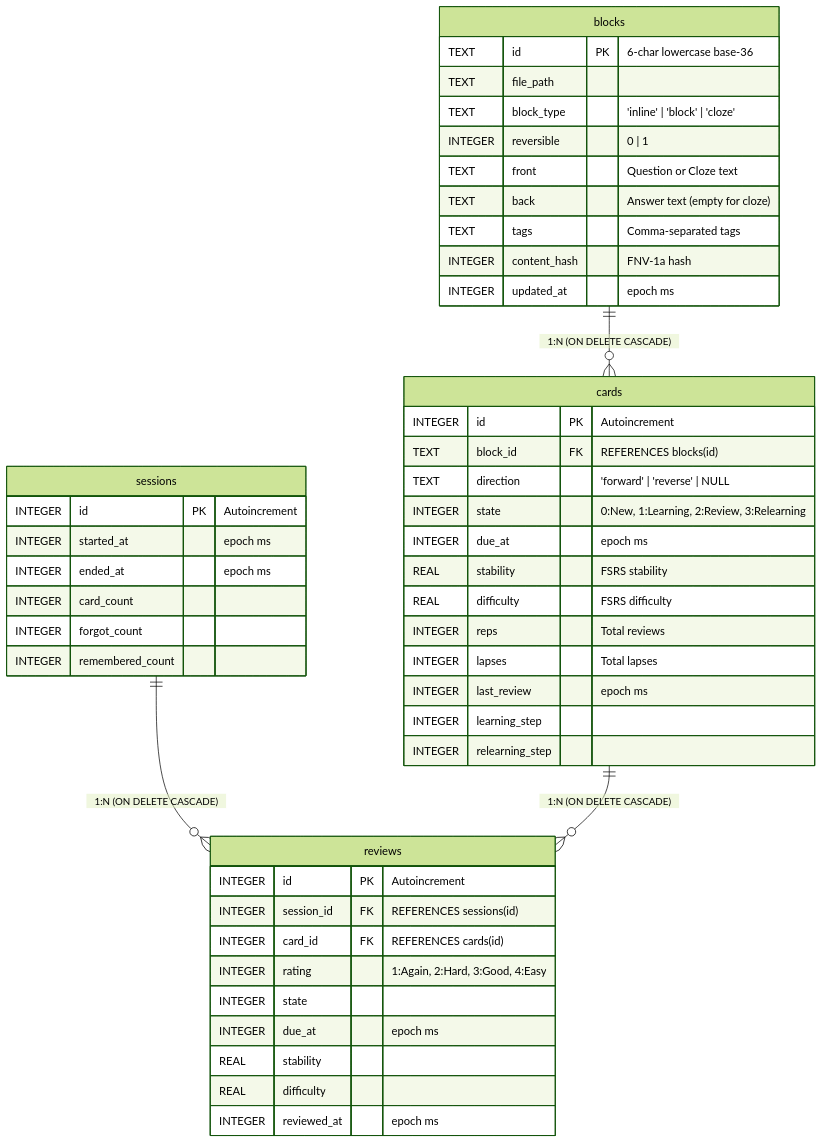
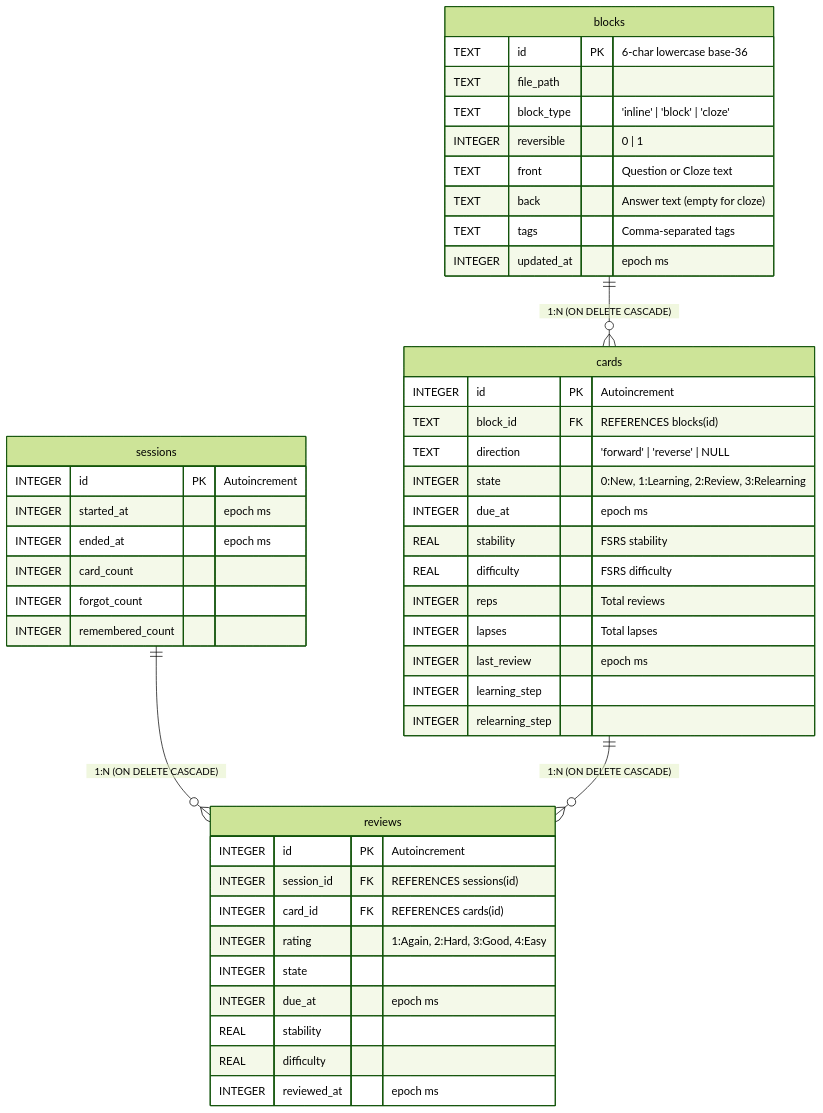
Before and after one commit to talal/obsidian-plugins: the second of 6 diagrams in plugins/flashcards/ARCHITECTURE.md, drawn with Mermaid (forest theme). The commit also changed 7 other files, not shown here.

Commit message:
flashcards: remove unused content_hash

````diff
--- a/plugins/flashcards/ARCHITECTURE.md
+++ b/plugins/flashcards/ARCHITECTURE.md
@@ -171,54 +171,53 @@
 ```mermaid
 erDiagram
     blocks ||--o{ cards : "1:N (ON DELETE CASCADE)"
     sessions ||--o{ reviews : "1:N (ON DELETE CASCADE)"
     cards ||--o{ reviews : "1:N (ON DELETE CASCADE)"
 
     blocks {
         TEXT id PK "6-char lowercase base-36"
         TEXT file_path
         TEXT block_type "'inline' | 'block' | 'cloze'"
         INTEGER reversible "0 | 1"
         TEXT front "Question or Cloze text"
         TEXT back "Answer text (empty for cloze)"
         TEXT tags "Comma-separated tags"
-        INTEGER content_hash "FNV-1a hash"
         INTEGER updated_at "epoch ms"
     }
 
     cards {
         INTEGER id PK "Autoincrement"
         TEXT block_id FK "REFERENCES blocks(id)"
         TEXT direction "'forward' | 'reverse' | NULL"
         INTEGER state "0:New, 1:Learning, 2:Review, 3:Relearning"
         INTEGER due_at "epoch ms"
         REAL stability "FSRS stability"
         REAL difficulty "FSRS difficulty"
         INTEGER reps "Total reviews"
         INTEGER lapses "Total lapses"
         INTEGER last_review "epoch ms"
         INTEGER learning_step
         INTEGER relearning_step
     }
 
     sessions {
         INTEGER id PK "Autoincrement"
         INTEGER started_at "epoch ms"
         INTEGER ended_at "epoch ms"
         INTEGER card_count
         INTEGER forgot_count
         INTEGER remembered_count
     }
 
     reviews {
         INTEGER id PK "Autoincrement"
         INTEGER session_id FK "REFERENCES sessions(id)"
         INTEGER card_id FK "REFERENCES cards(id)"
         INTEGER rating "1:Again, 2:Hard, 3:Good, 4:Easy"
         INTEGER state
         INTEGER due_at "epoch ms"
         REAL stability
         REAL difficulty
         INTEGER reviewed_at "epoch ms"
     }
 ```
````
